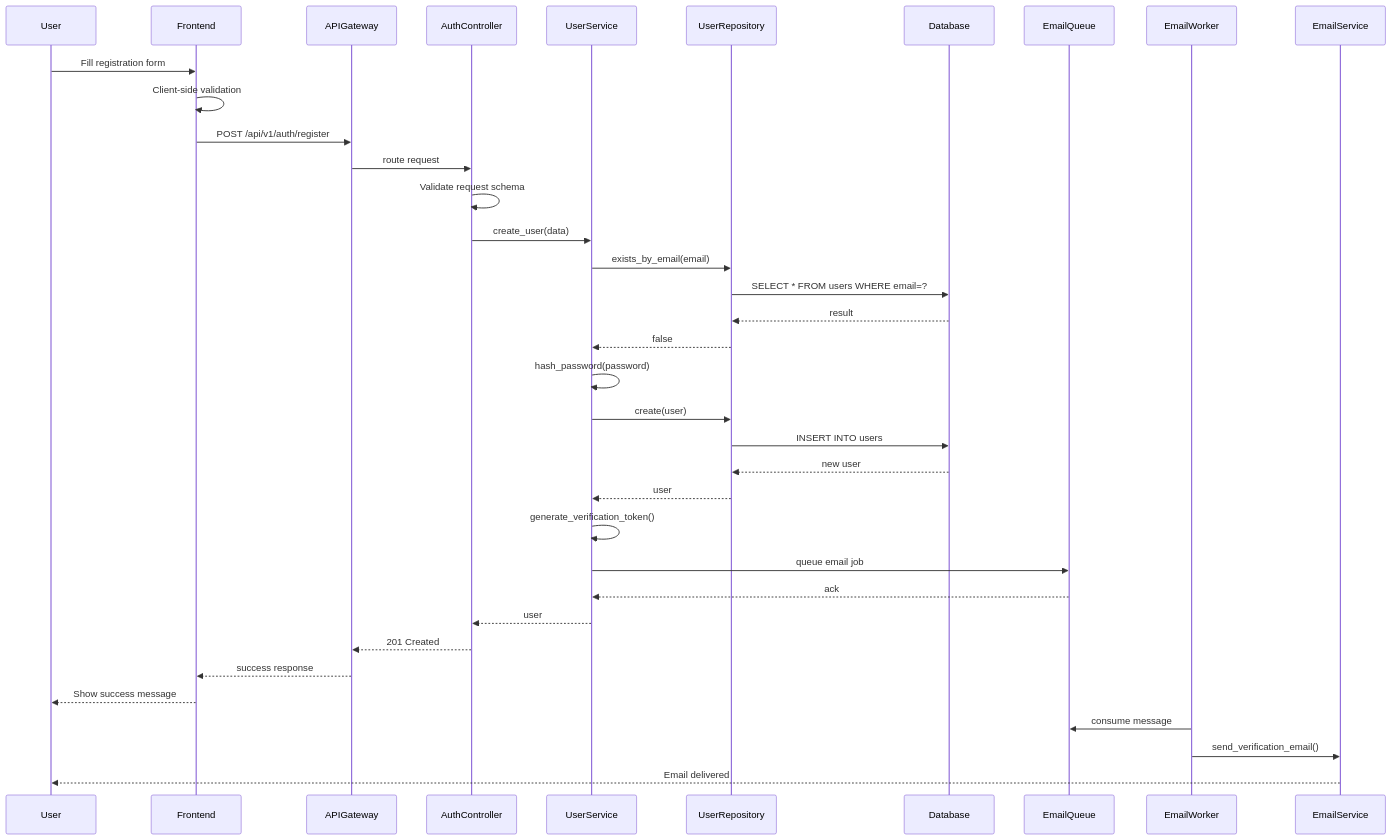
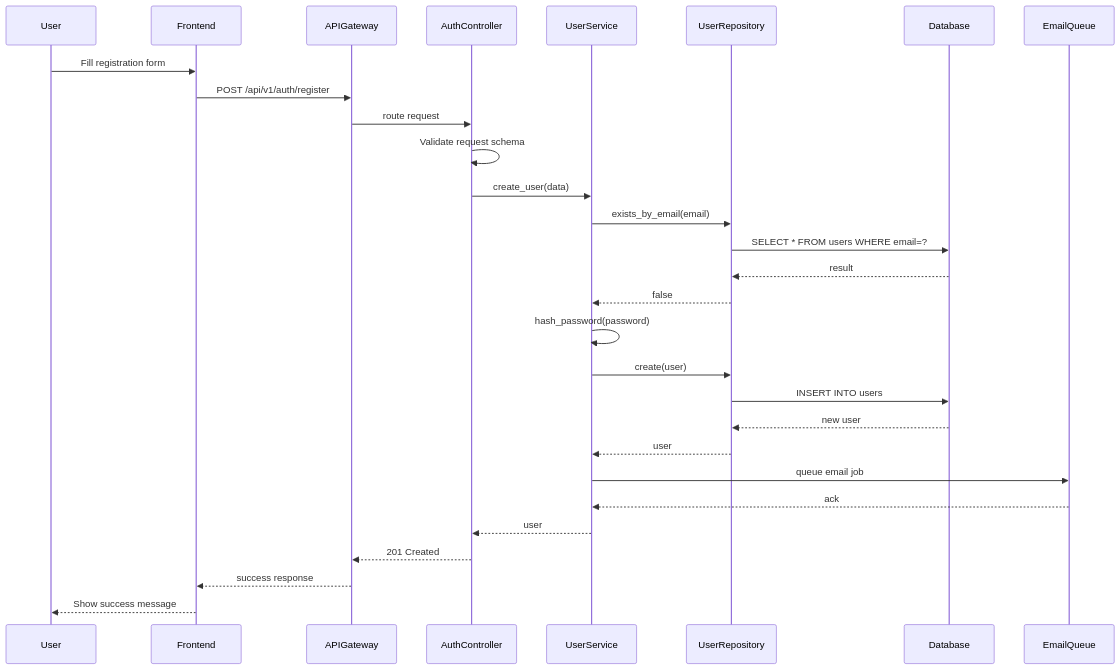
The second of 3 diagrams in Template/Documentation/LLD.md (DeveshNegi123/Template), drawn with Mermaid before and after one commit. The commit also changed other lines of this file, not shown here.

````diff
--- a/Template/Documentation/LLD.md
+++ b/Template/Documentation/LLD.md
@@ -478,45 +343,37 @@
 ```mermaid
 sequenceDiagram
     participant User
     participant Frontend
     participant APIGateway
     participant AuthController
     participant UserService
     participant UserRepository
     participant Database
     participant EmailQueue
-    participant EmailWorker
-    participant EmailService
     
     User->>Frontend: Fill registration form
-    Frontend->>Frontend: Client-side validation
     Frontend->>APIGateway: POST /api/v1/auth/register
     APIGateway->>AuthController: route request
     
     AuthController->>AuthController: Validate request schema
     AuthController->>UserService: create_user(data)
     
     UserService->>UserRepository: exists_by_email(email)
     UserRepository->>Database: SELECT * FROM users WHERE email=?
     Database-->>UserRepository: result
     UserRepository-->>UserService: false
     
     UserService->>UserService: hash_password(password)
     UserService->>UserRepository: create(user)
     UserRepository->>Database: INSERT INTO users
     Database-->>UserRepository: new user
     UserRepository-->>UserService: user
     
-    UserService->>UserService: generate_verification_token()
     UserService->>EmailQueue: queue email job
     EmailQueue-->>UserService: ack
     
     UserService-->>AuthController: user
     AuthController-->>APIGateway: 201 Created
     APIGateway-->>Frontend: success response
     Frontend-->>User: Show success message
-    
-    EmailWorker->>EmailQueue: consume message
-    EmailWorker->>EmailService: send_verification_email()
-    EmailService-->>User: Email delivered
 ```
````
